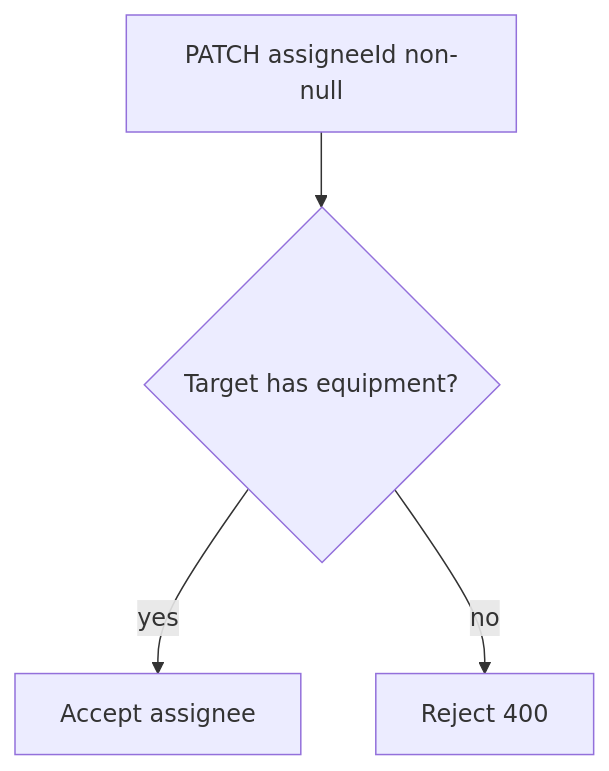
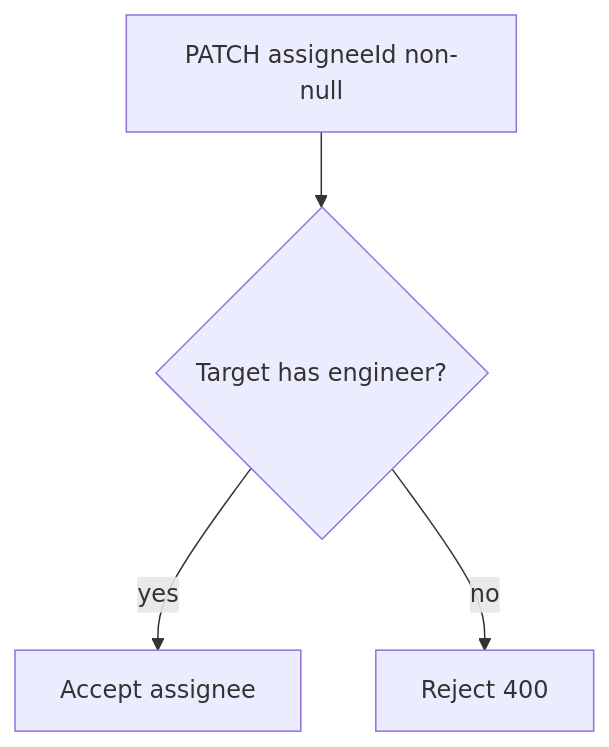
The third of 3 diagrams in docs/plans/2026-07-28-001-feat-wo-assistant-core-plan.md (AntonButov/masterdoc), drawn with Mermaid before and after one commit. The commit also changed other lines of this file and 1 other file, not shown here.

First line of the commit message:
docs: scope-align engineer feature and mentor full screen

````diff
--- a/docs/plans/2026-07-28-001-feat-wo-assistant-core-plan.md
+++ b/docs/plans/2026-07-28-001-feat-wo-assistant-core-plan.md
@@ -240,10 +240,10 @@
 ```mermaid
 flowchart TD
   patch[PATCH assigneeId non-null]
-  hasEq{Target has equipment?}
+  hasEq{Target has engineer?}
   ok[Accept assignee]
   reject[Reject 400]
   patch --> hasEq
   hasEq -->|yes| ok
   hasEq -->|no| reject
 ```
````
